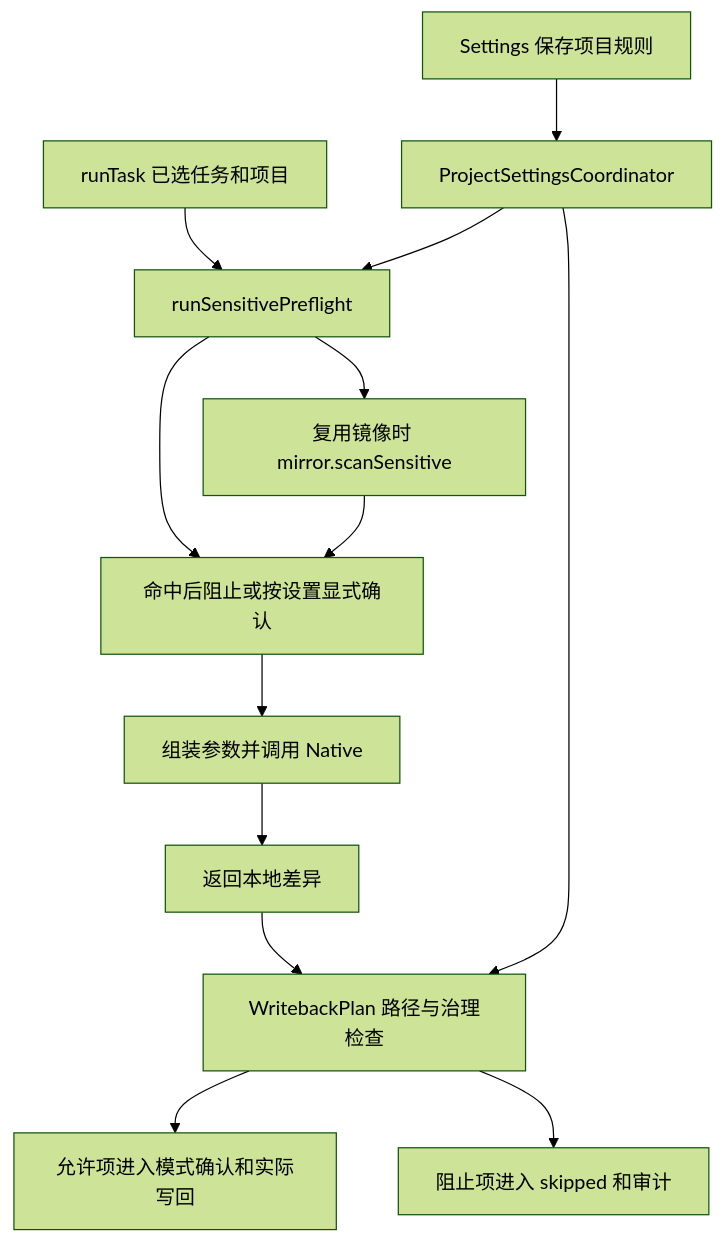
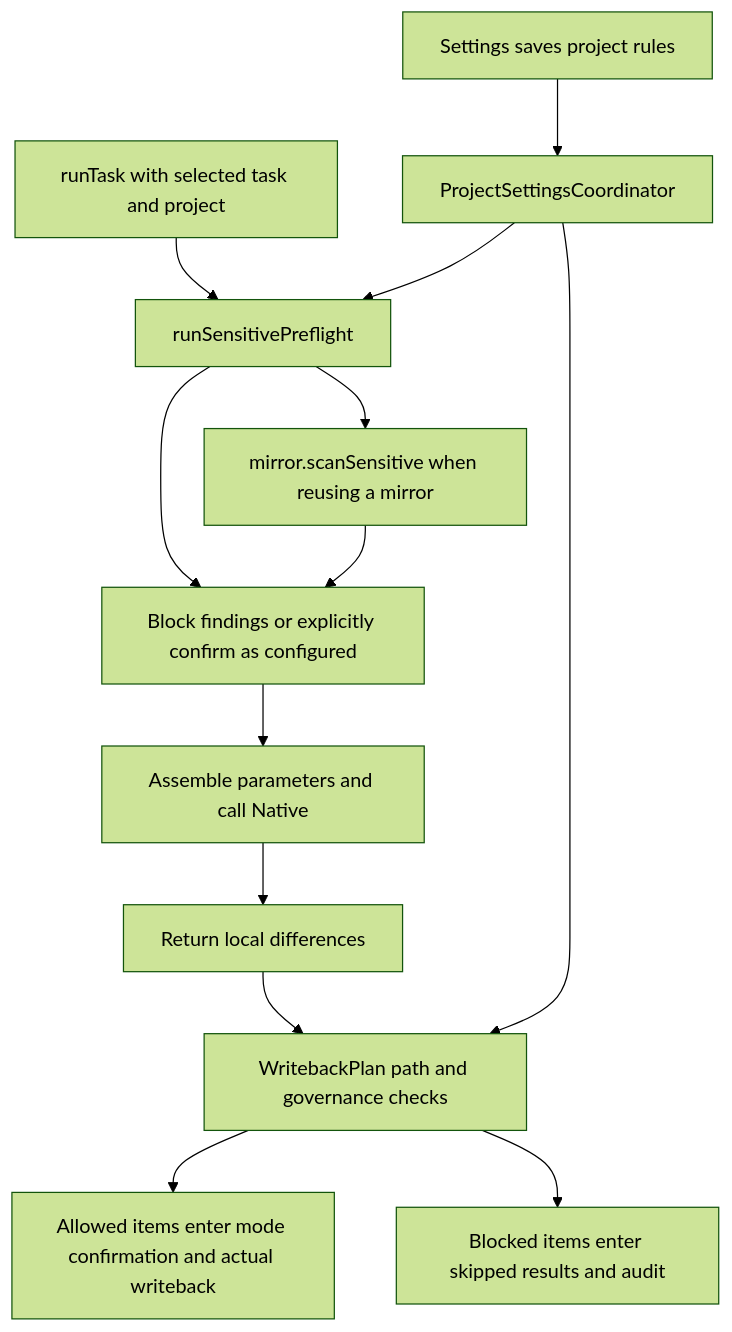
One commit to Ghqqqq/codex-overleaf-link changed the diagram in docs/architecture/context-and-governance.md. Above: the diagram before and after it, drawn with Mermaid (forest theme). The commit also changed other lines of this file and 14 other files, not shown here.

Commit message:
docs: translate architecture guide to English and correct navigation

````diff
--- a/docs/architecture/context-and-governance.md
+++ b/docs/architecture/context-and-governance.md
@@ -21,15 +21,15 @@
 ```mermaid
 flowchart TD
-    S[Settings 保存项目规则] --> G[ProjectSettingsCoordinator]
-    T[runTask 已选任务和项目] --> P[runSensitivePreflight]
+    S[Settings saves project rules] --> G[ProjectSettingsCoordinator]
+    T[runTask with selected task and project] --> P[runSensitivePreflight]
     G --> P
-    P --> M[复用镜像时 mirror.scanSensitive]
-    P --> C[命中后阻止或按设置显式确认]
+    P --> M[mirror.scanSensitive when reusing a mirror]
+    P --> C[Block findings or explicitly confirm as configured]
     M --> C
-    C --> N[组装参数并调用 Native]
-    N --> D[返回本地差异]
-    D --> W[WritebackPlan 路径与治理检查]
+    C --> N[Assemble parameters and call Native]
+    N --> D[Return local differences]
+    D --> W[WritebackPlan path and governance checks]
     G --> W
-    W --> A[允许项进入模式确认和实际写回]
-    W --> B[阻止项进入 skipped 和审计]
+    W --> A[Allowed items enter mode confirmation and actual writeback]
+    W --> B[Blocked items enter skipped results and audit]
 ```
````
